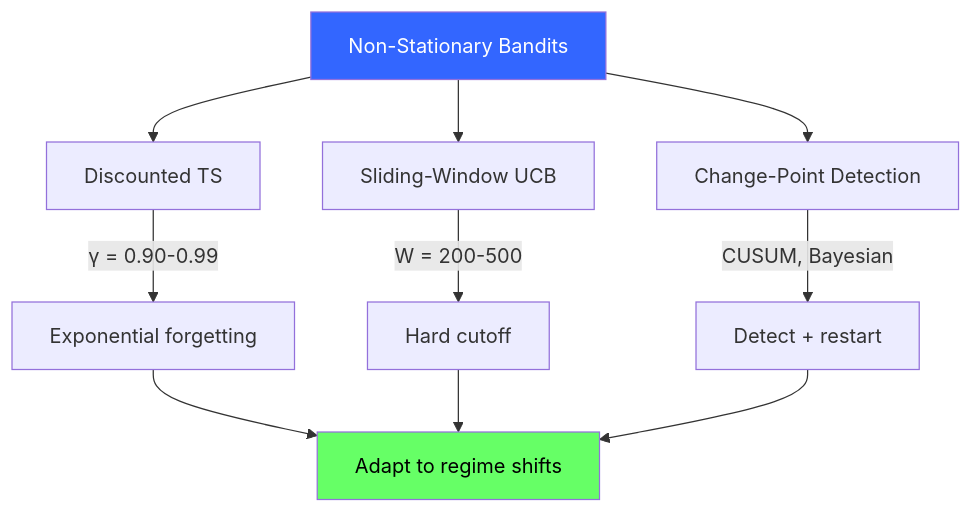
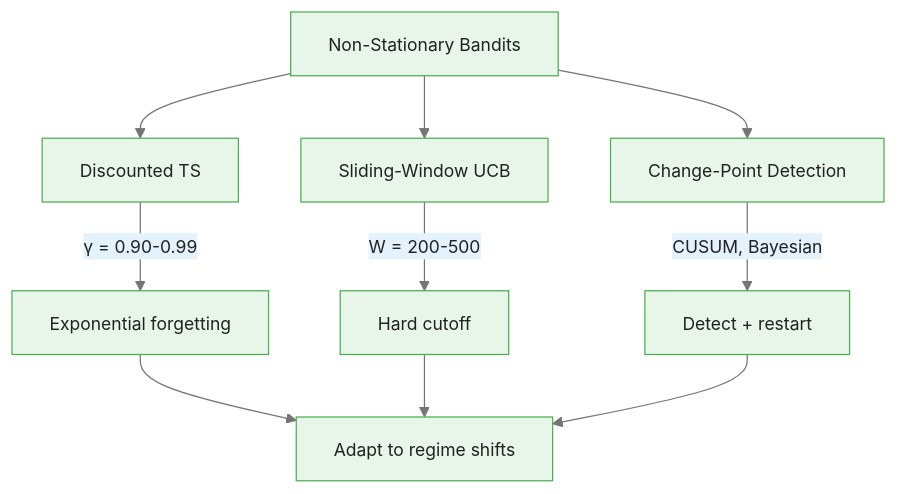
One commit to m-deane/course-creator changed the third of 3 diagrams in courses/multi-armed-bandits-ab-testing/modules/module_06_advanced_topics/guides/01_non_stationary_bandits_slides.md. Above: the diagram before and after it, drawn with Mermaid. The commit also changed other lines of this file and 146 other files, not shown here.

````diff
--- a/courses/multi-armed-bandits-ab-testing/modules/module_06_advanced_topics/guides/01_non_stationary_bandits_slides.md
+++ b/courses/multi-armed-bandits-ab-testing/modules/module_06_advanced_topics/guides/01_non_stationary_bandits_slides.md
@@ -235,17 +278,15 @@
 ```mermaid
+%%{init: {"theme": "base", "themeVariables": {"primaryColor": "#e8f5e9", "primaryBorderColor": "#4caf50", "primaryTextColor": "#212121", "secondaryColor": "#e3f2fd", "tertiaryColor": "#fff8e1", "lineColor": "#757575", "fontFamily": "Inter, sans-serif", "fontSize": "14px"}}}%%
 flowchart TD
     NS_v["Non-Stationary Bandits"] --> Disc_v["Discounted TS"]
     NS_v --> SW_v["Sliding-Window UCB"]
     NS_v --> CPD["Change-Point Detection"]
 
     Disc_v --> |"γ = 0.90-0.99"| Exponential["Exponential forgetting"]
     SW_v --> |"W = 200-500"| HardCut["Hard cutoff"]
     CPD --> |"CUSUM, Bayesian"| Reset["Detect + restart"]
 
     Exponential --> Adapt["Adapt to regime shifts"]
     HardCut --> Adapt
     Reset --> Adapt
-
-    style NS_v fill:#36f,color:#fff
-    style Adapt fill:#6f6,color:#000
 ```
````
